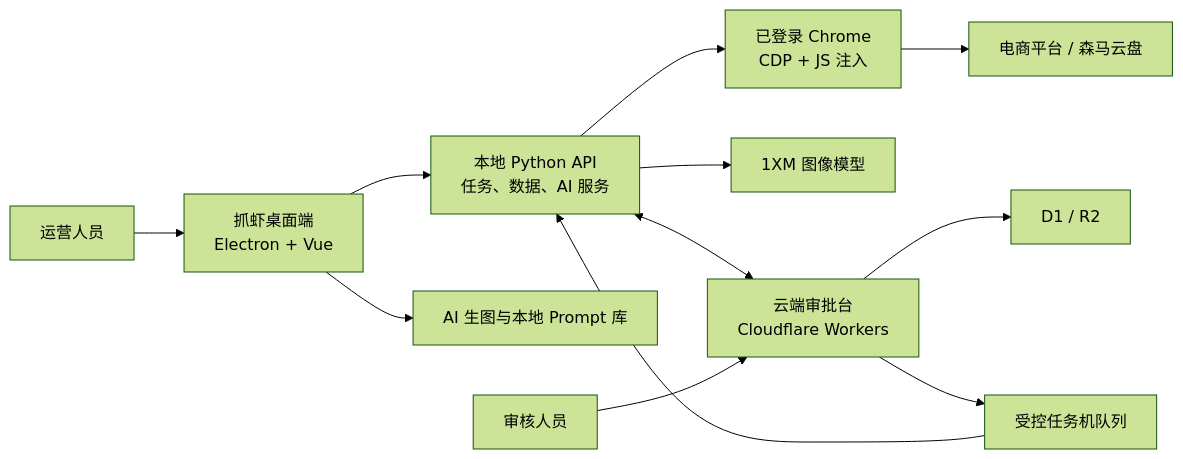
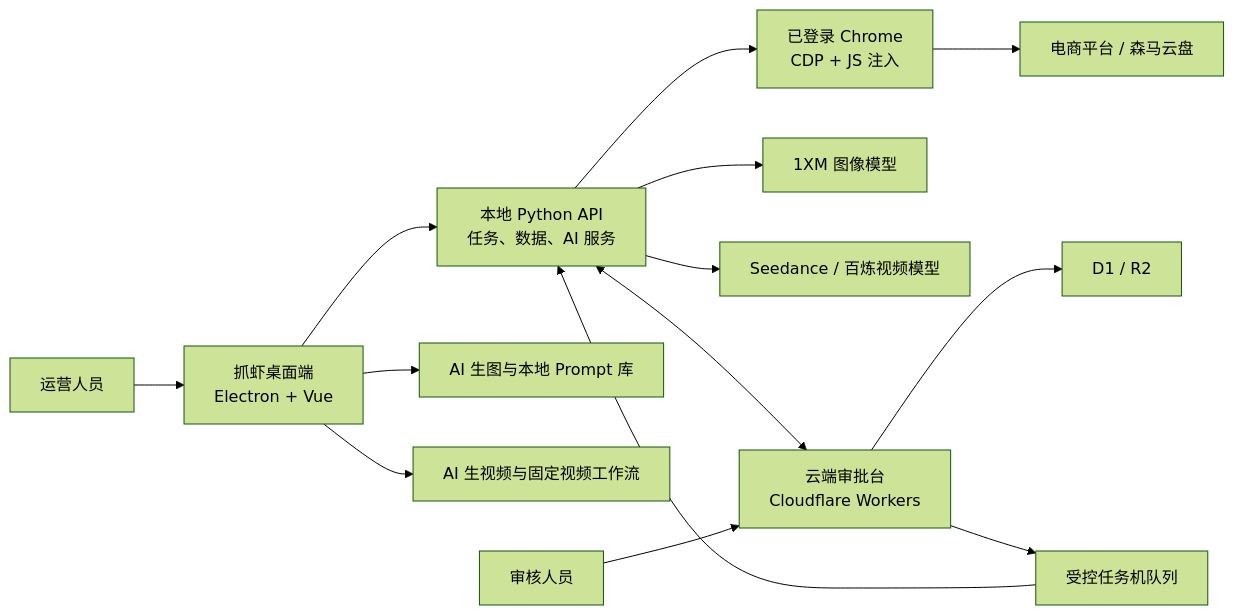
Before and after one commit to howtimeschange/crawshrimp: the diagram in README.md, drawn with Mermaid (forest theme). The commit also changed other lines of this file and 3 other files, not shown here.

````diff
--- a/README.md
+++ b/README.md
@@ -35,14 +46,16 @@
 ```mermaid
 flowchart LR
     O["运营人员"] --> D["抓虾桌面端\nElectron + Vue"]
     D --> B["本地 Python API\n任务、数据、AI 服务"]
     B --> C["已登录 Chrome\nCDP + JS 注入"]
     C --> P["电商平台 / 森马云盘"]
     D --> L["AI 生图与本地 Prompt 库"]
+    D --> V["AI 生视频与固定视频工作流"]
     B --> X["1XM 图像模型"]
+    B --> G["Seedance / 百炼视频模型"]
     B <--> W["云端审批台\nCloudflare Workers"]
     W --> DB["D1 / R2"]
     R["审核人员"] --> W
     W --> M["受控任务机队列"]
     M --> B
 ```
````
